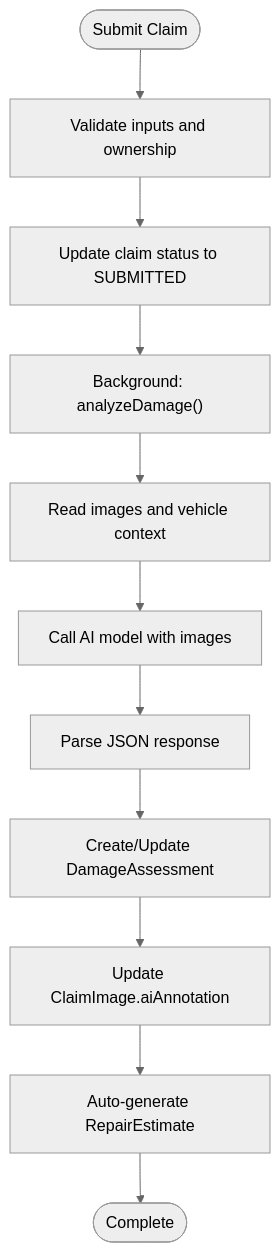
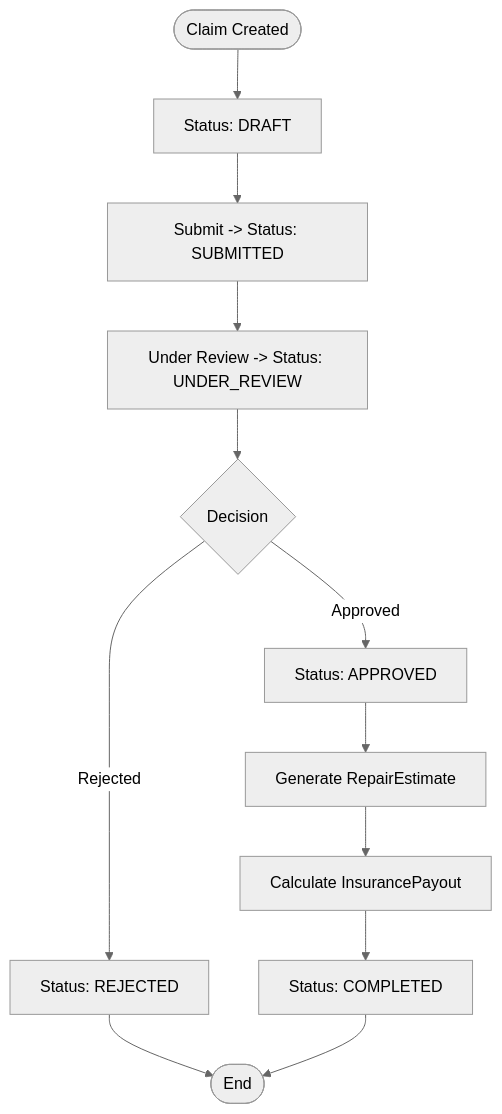
Before and after one commit to NaveenHiranya/Smart-Vehicle-Insurance-Claim-System: the fourth of 4 diagrams in .qoder/repowiki/en/content/Database Design.md, drawn with Mermaid (neutral theme). The commit also changed other lines of this file and 183 other files, not shown here.

````diff
--- a/.qoder/repowiki/en/content/Database Design.md
+++ b/.qoder/repowiki/en/content/Database Design.md
@@ -429,13 +468,14 @@
 ```mermaid
 flowchart TD
-Start(["Submit Claim"]) --> Validate["Validate inputs and ownership"]
-Validate --> UpdateStatus["Update claim status to SUBMITTED"]
-UpdateStatus --> Background["Background: analyzeDamage()"]
-Background --> ReadImages["Read images and vehicle context"]
-ReadImages --> CallAI["Call AI model with images"]
-CallAI --> ParseJSON["Parse JSON response"]
-ParseJSON --> SaveAssessment["Create/Update DamageAssessment"]
-SaveAssessment --> UpdateAnnotations["Update ClaimImage.aiAnnotation"]
-UpdateAnnotations --> AutoEstimate["Auto-generate RepairEstimate"]
-AutoEstimate --> End(["Complete"])
+Start(["Claim Created"]) --> Draft["Status: DRAFT"]
+Draft --> Submitted["Submit -> Status: SUBMITTED"]
+Submitted --> Review["Under Review -> Status: UNDER_REVIEW"]
+Review --> Decision{"Decision"}
+Decision --> |Approved| Approved["Status: APPROVED"]
+Decision --> |Rejected| Rejected["Status: REJECTED"]
+Approved --> Estimate["Generate RepairEstimate"]
+Estimate --> Payout["Calculate InsurancePayout"]
+Payout --> Completed["Status: COMPLETED"]
+Rejected --> End(["End"])
+Completed --> End
 ```
````
